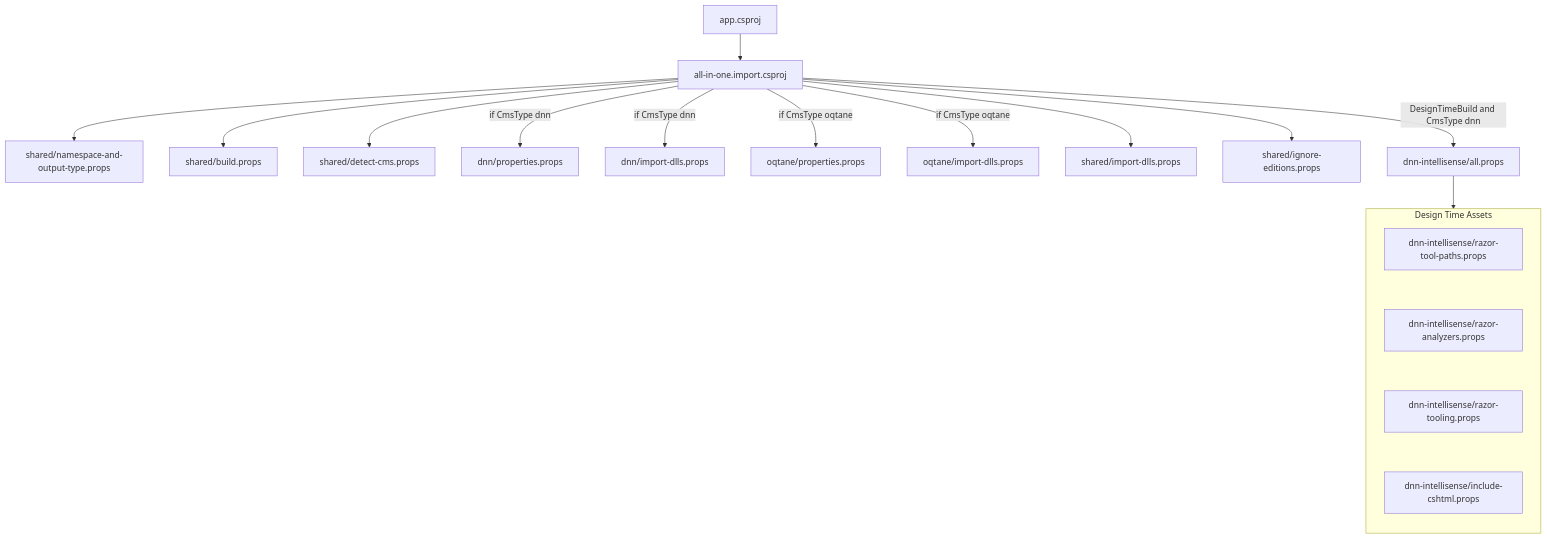
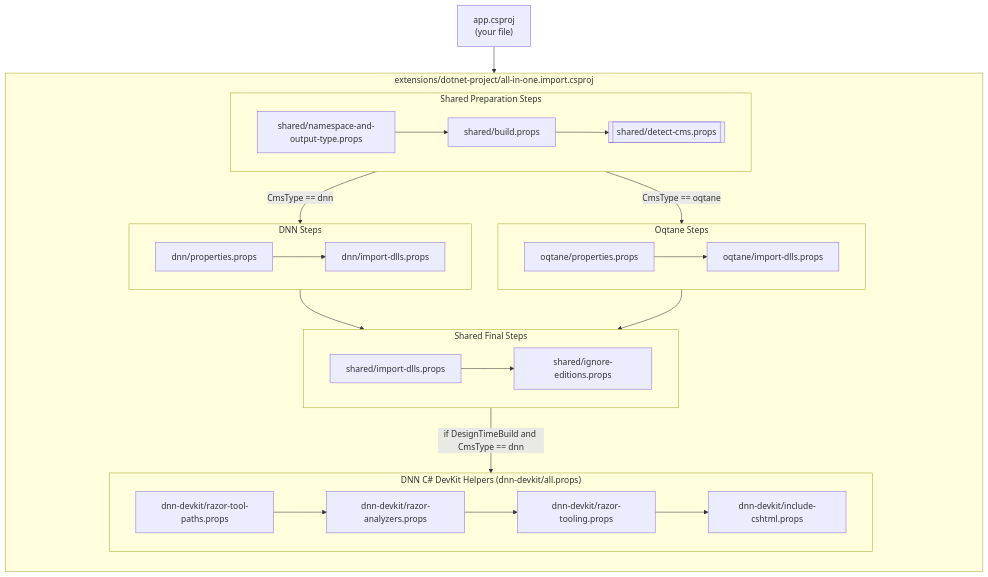
Before and after one commit to 2sxc-apps/app-extension-dotnet-project: the first of 3 diagrams in readme.md, drawn with Mermaid.

Commit message:
readme improve main diagram

````diff
--- a/readme.md
+++ b/readme.md
@@ -186,29 +186,58 @@
 ```mermaid
-flowchart TD
-    APP[app.csproj] --> ROOT[all-in-one.import.csproj]
+flowchart TB
+ subgraph allInOne["extensions/dotnet-project/all-in-one.import.csproj"]
+    direction TD
+        prep["prep"]
+        dnn["dnn"]
+        oqtane["oqtane"]
+        common["common"]
+        dnnDevKit["dnnDevKit"]
+  end
+ subgraph prep["Shared Preparation Steps"]
+    direction LR
+        prepCMS["shared/detect-cms.props"]
+        prepBuild["shared/build.props"]
+        prepNs["shared/namespace-and-output-type.props"]
+  end
+ subgraph dnn["DNN Steps"]
+    direction LR
+        dnnDlls["dnn/import-dlls.props"]
+        dnnProps["dnn/properties.props"]
+  end
+ subgraph oqtane["Oqtane Steps"]
+    direction LR
+        oqtDlls["oqtane/import-dlls.props"]
+        oqtProps["oqtane/properties.props"]
+  end
+ subgraph common["Shared Final Steps"]
+    direction LR
+        commonEditions["shared/ignore-editions.props"]
+        commonDlls["shared/import-dlls.props"]
+  end
+ subgraph dnnDevKit["DNN C# DevKit Helpers (dnn-devkit/all.props)"]
+    direction LR
+        DTPATHS["dnn-devkit/razor-tool-paths.props"]
+        DTAN["dnn-devkit/razor-analyzers.props"]
+        DTTOOLS["dnn-devkit/razor-tooling.props"]
+        DTCSHTML["dnn-devkit/include-cshtml.props"]
+  end
+    dnnProps --> dnnDlls
+    oqtProps --> oqtDlls
+    commonDlls --> commonEditions
+    prepNs --> prepBuild
+    prepBuild --> prepCMS
+    APP["app.csproj<br>(your file)"] --> allInOne
+    prep -- "CmsType == oqtane" --> oqtane
+    prep -- "CmsType == dnn" --> dnn
+    dnn --> common
+    oqtane --> common
+    common -- "if DesignTimeBuild and CmsType == dnn" --> dnnDevKit
+    DTPATHS --> DTAN
+    DTAN --> DTTOOLS
+    DTTOOLS --> DTCSHTML
 
-    ROOT --> NS[shared/namespace-and-output-type.props]
-    ROOT --> BUILD[shared/build.props]
-    ROOT --> CMS[shared/detect-cms.props]
-    ROOT -->|if CmsType dnn| DNNPROPS[dnn/properties.props]
-    ROOT -->|if CmsType dnn| DNNDLLS[dnn/import-dlls.props]
-    ROOT -->|if CmsType oqtane| OQTPROPS[oqtane/properties.props]
-    ROOT -->|if CmsType oqtane| OQTDLLS[oqtane/import-dlls.props]
-    ROOT --> COMMON[shared/import-dlls.props]
-    ROOT --> EDIT[shared/ignore-editions.props]
-    ROOT -->|DesignTimeBuild and CmsType dnn| DT[dnn-intellisense/all.props]
-
-
-    subgraph DT_Group [Design Time Assets]
-        direction TB
-        DTPATHS[dnn-intellisense/razor-tool-paths.props]
-        DTAN[dnn-intellisense/razor-analyzers.props]
-        DTTOOLS[dnn-intellisense/razor-tooling.props]
-        DTCSHTML[dnn-intellisense/include-cshtml.props]
-
-        %% Hidden links to force vertical stacking
-        DTPATHS ~~~ DTAN ~~~ DTTOOLS ~~~ DTCSHTML
-    end
-
-    DT --> DT_Group
+    prepCMS@{ shape: subproc}
+     dnnDevKit:::noWrap
+     allInOne:::noWrap
+    classDef noWrap white-space:nowrap
 ```
````
